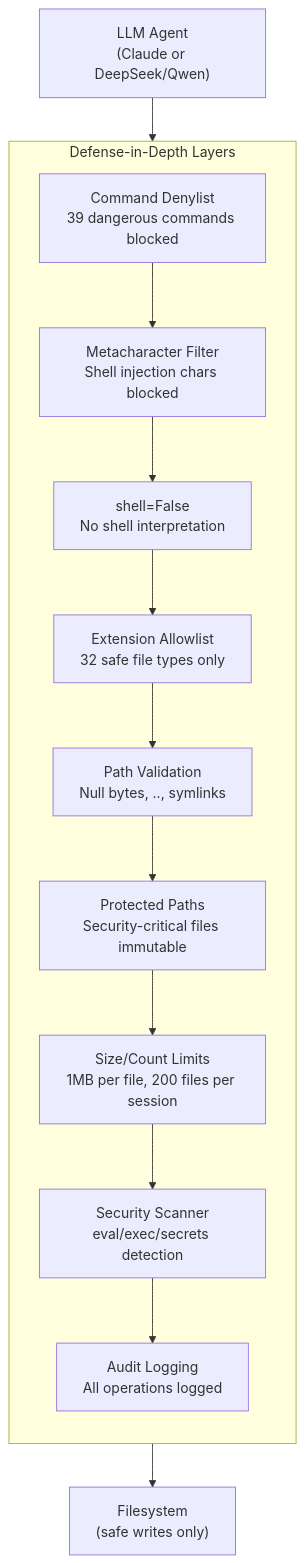
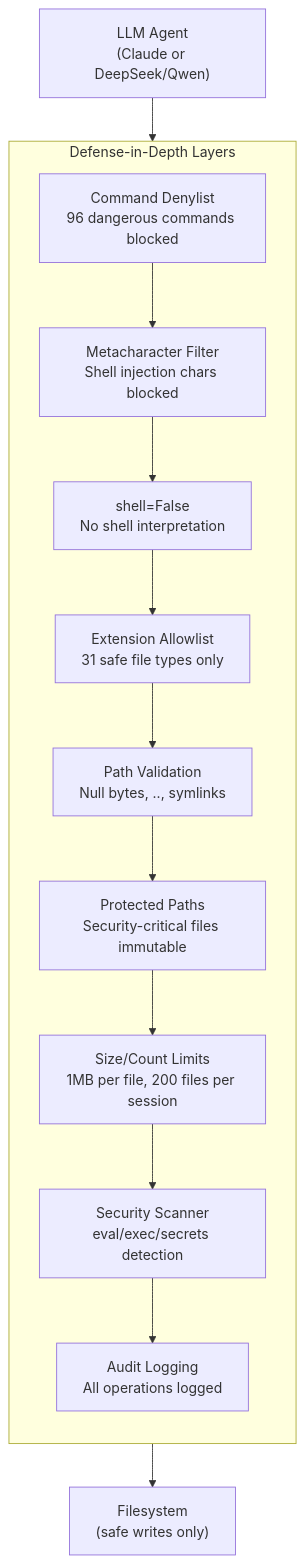
Before and after one commit to clay-good/codelicious: the second of 46 diagrams in README.md, drawn with Mermaid. The commit also changed other lines of this file and 120 other files, not shown here.

````diff
--- a/README.md
+++ b/README.md
@@ -292,22 +305,22 @@
 ```mermaid
 flowchart TB
     LLM["LLM Agent\n(Claude or DeepSeek/Qwen)"]
 
     subgraph Security_Layers["Defense-in-Depth Layers"]
         direction TB
-        L1["Command Denylist\n39 dangerous commands blocked"]
+        L1["Command Denylist\n96 dangerous commands blocked"]
         L2["Metacharacter Filter\nShell injection chars blocked"]
         L3["shell=False\nNo shell interpretation"]
-        L4["Extension Allowlist\n32 safe file types only"]
+        L4["Extension Allowlist\n31 safe file types only"]
         L5["Path Validation\nNull bytes, .., symlinks"]
         L6["Protected Paths\nSecurity-critical files immutable"]
         L7["Size/Count Limits\n1MB per file, 200 files per session"]
         L8["Security Scanner\neval/exec/secrets detection"]
         L9["Audit Logging\nAll operations logged"]
     end
 
     LLM --> L1 --> L2 --> L3
     L3 --> L4 --> L5 --> L6 --> L7
     L7 --> L8 --> L9
     L9 --> FS["Filesystem\n(safe writes only)"]
 ```
````
